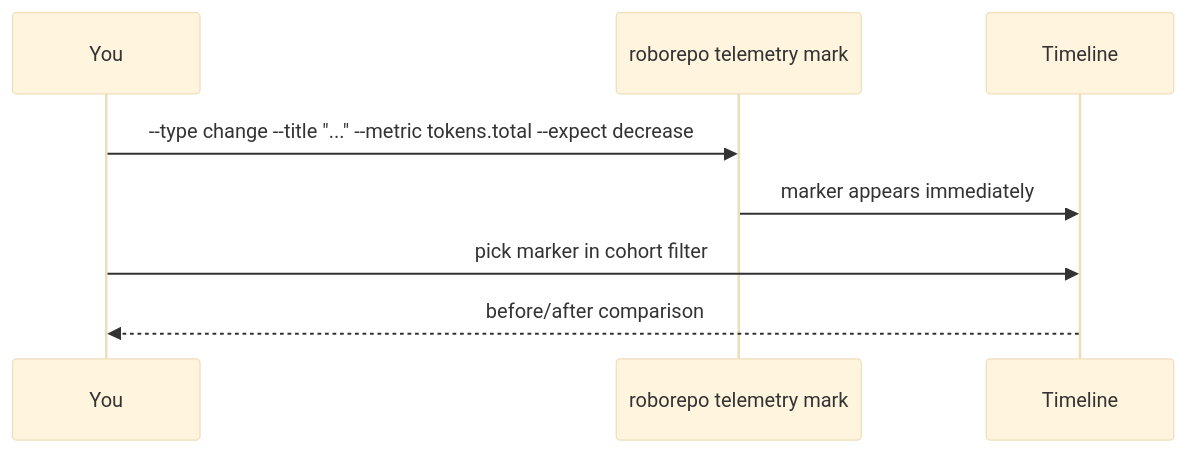
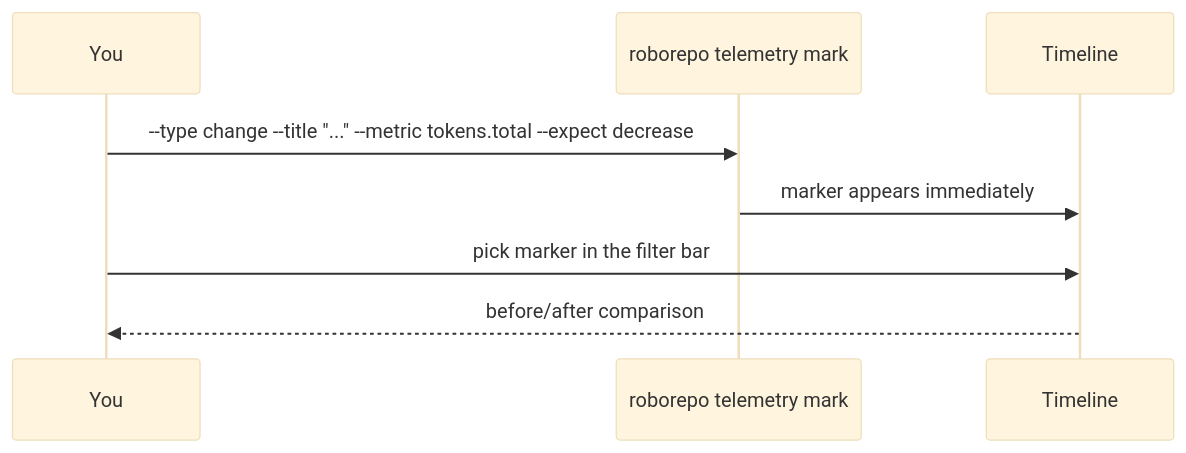
One commit to kirinmurphy/harness_configs changed the second of 4 diagrams in docs/guides/telemetry.md. Above: the diagram before and after it, drawn with Mermaid (base theme). The commit also changed other lines of this file and 6 other files, not shown here.

````diff
--- a/docs/guides/telemetry.md
+++ b/docs/guides/telemetry.md
@@ -61,10 +64,10 @@
 ```mermaid
 sequenceDiagram
   participant You
   participant CLI as roborepo telemetry mark
   participant Timeline
   You->>CLI: --type change --title "..." --metric tokens.total --expect decrease
   CLI->>Timeline: marker appears immediately
-  You->>Timeline: pick marker in cohort filter
+  You->>Timeline: pick marker in the filter bar
   Timeline-->>You: before/after comparison
 ```
````
